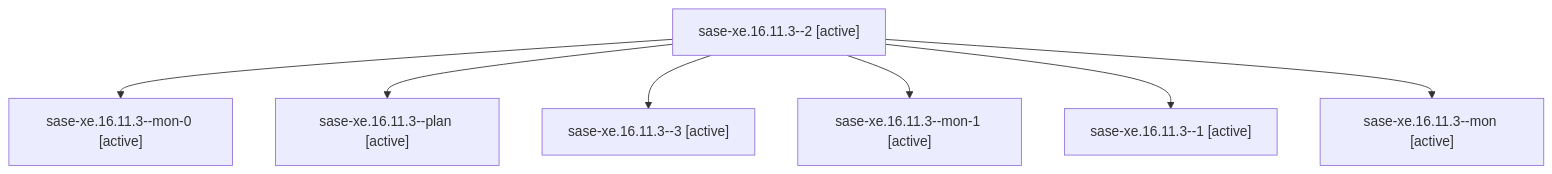
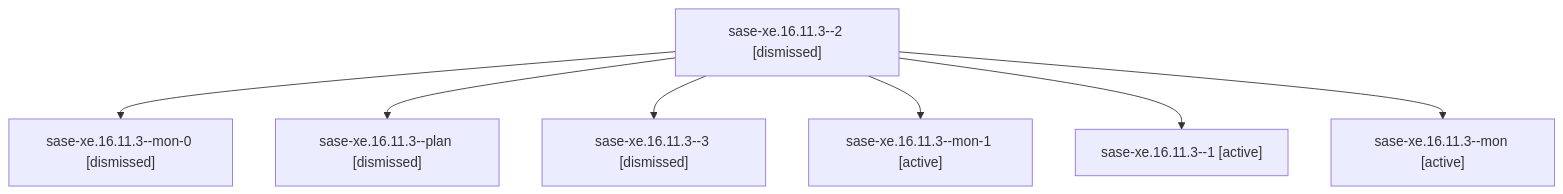
One commit to sase-org/sase--agents changed the diagram in sessions/bbugyi200.athena.sase-xe.16.11.3.md. Above: the diagram before and after it, drawn with Mermaid. The commit also changed other lines of this file and 277 other files, not shown here.

````diff
--- a/sessions/bbugyi200.athena.sase-xe.16.11.3.md
+++ b/sessions/bbugyi200.athena.sase-xe.16.11.3.md
@@ -9,16 +9,16 @@
 ```mermaid
 flowchart TD
-  n0["sase-xe.16.11.3--2 [active]"]
-  n1["sase-xe.16.11.3--mon-0 [active]"]
+  n0["sase-xe.16.11.3--2 [dismissed]"]
+  n1["sase-xe.16.11.3--mon-0 [dismissed]"]
   n0 --> n1
-  n2["sase-xe.16.11.3--plan [active]"]
+  n2["sase-xe.16.11.3--plan [dismissed]"]
   n0 --> n2
-  n3["sase-xe.16.11.3--3 [active]"]
+  n3["sase-xe.16.11.3--3 [dismissed]"]
   n0 --> n3
   n4["sase-xe.16.11.3--mon-1 [active]"]
   n0 --> n4
   n5["sase-xe.16.11.3--1 [active]"]
   n0 --> n5
   n6["sase-xe.16.11.3--mon [active]"]
   n0 --> n6
 ```
````
